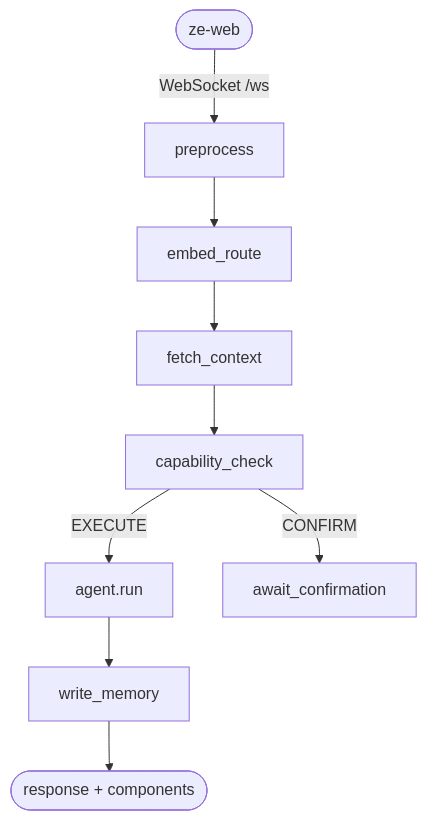
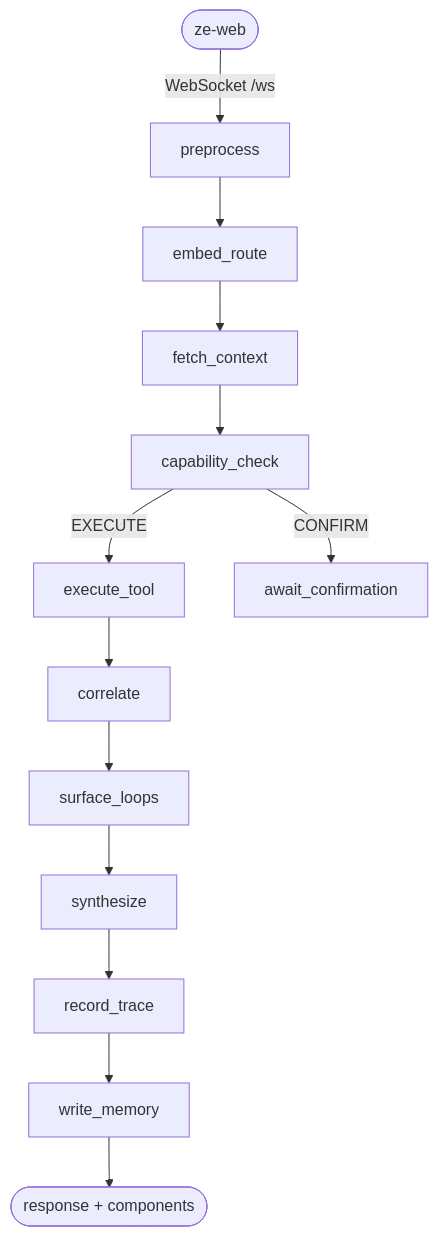
One commit to joaoajmatos/ze changed the second of 2 diagrams in README.md. Above: the diagram before and after it, drawn with Mermaid. The commit also changed other lines of this file and 6 other files, not shown here.

````diff
--- a/README.md
+++ b/README.md
@@ -168,11 +175,15 @@
 ```mermaid
 flowchart TD
     A([ze-web]) -->|WebSocket /ws| PRE[preprocess]
     PRE --> ER[embed_route]
     ER --> FC[fetch_context]
     FC --> CG[capability_check]
-    CG -->|EXECUTE| EX[agent.run]
+    CG -->|EXECUTE| EX[execute_tool]
     CG -->|CONFIRM| AC[await_confirmation]
-    EX --> WM[write_memory]
+    EX --> CO[correlate]
+    CO --> SL[surface_loops]
+    SL --> SY[synthesize]
+    SY --> RT[record_trace]
+    RT --> WM[write_memory]
     WM --> R([response + components])
 ```
````
